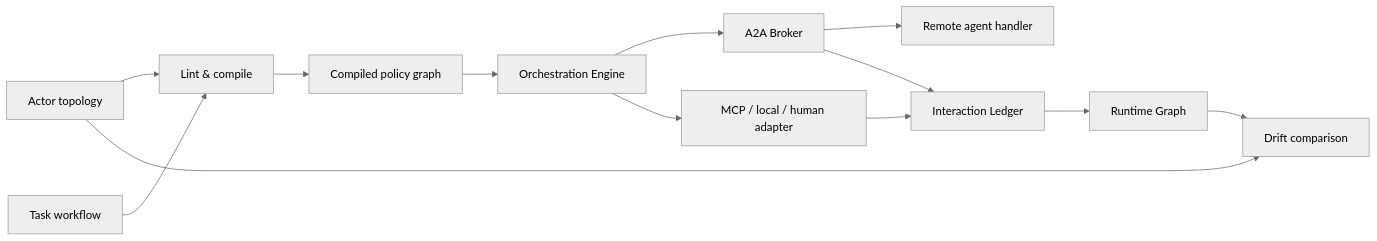
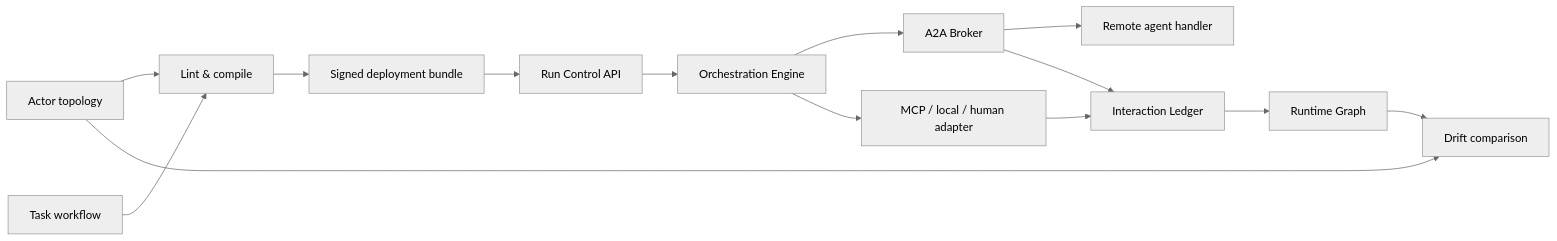
The diagram in docs/13-a2a-orchestration-platform.md (jjongkwann/agent-interlock), drawn with Mermaid (neutral theme) before and after one commit. The commit also changed other lines of this file and 39 other files, not shown here.

````diff
--- a/docs/13-a2a-orchestration-platform.md
+++ b/docs/13-a2a-orchestration-platform.md
@@ -35,15 +36,16 @@
 ```mermaid
 flowchart LR
     D1["Actor topology"] --> C["Lint & compile"]
     D2["Task workflow"] --> C
-    C --> P["Compiled policy graph"]
-    P --> O["Orchestration Engine"]
+    C --> P["Signed deployment bundle"]
+    P --> RC["Run Control API"]
+    RC --> O["Orchestration Engine"]
     O --> B["A2A Broker"]
     O --> M["MCP / local / human adapter"]
     B --> R["Remote agent handler"]
     B --> L["Interaction Ledger"]
     M --> L
     L --> G["Runtime Graph"]
     D1 --> X["Drift comparison"]
     G --> X
 ```
````
